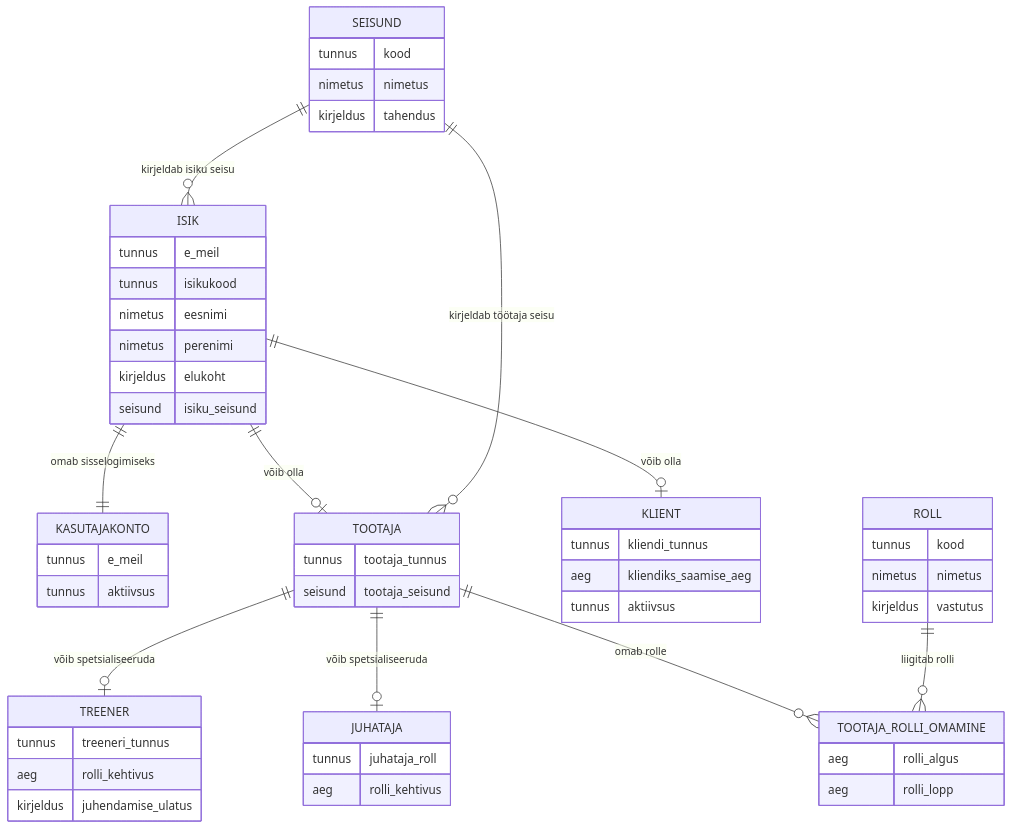
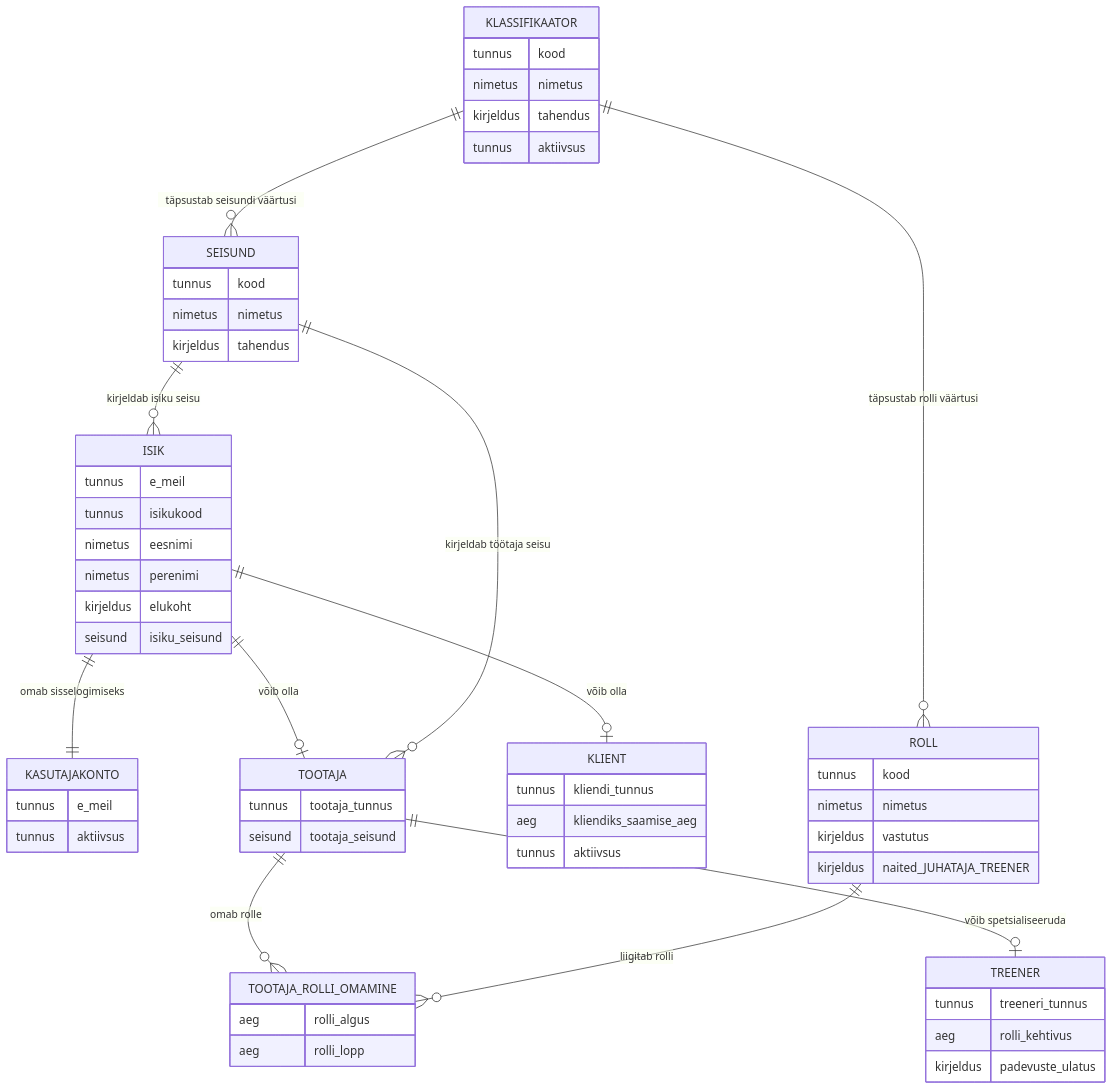
The diagram in diagrams/11_people_register.mmd (tamkivi/andmebaasid-projekt), drawn with Mermaid before and after one commit. The commit also changed 19 other files, not shown here.

```diff
--- a/diagrams/11_people_register.mmd
+++ b/diagrams/11_people_register.mmd
@@ -1,55 +1,59 @@
 erDiagram
     ISIK ||--|| KASUTAJAKONTO : "omab sisselogimiseks"
     ISIK ||--o| TOOTAJA : "võib olla"
     ISIK ||--o| KLIENT : "võib olla"
     TOOTAJA ||--o| TREENER : "võib spetsialiseeruda"
-    TOOTAJA ||--o| JUHATAJA : "võib spetsialiseeruda"
     TOOTAJA ||--o{ TOOTAJA_ROLLI_OMAMINE : "omab rolle"
     ROLL ||--o{ TOOTAJA_ROLLI_OMAMINE : "liigitab rolli"
+    KLASSIFIKAATOR ||--o{ ROLL : "täpsustab rolli väärtusi"
+    KLASSIFIKAATOR ||--o{ SEISUND : "täpsustab seisundi väärtusi"
     SEISUND ||--o{ ISIK : "kirjeldab isiku seisu"
     SEISUND ||--o{ TOOTAJA : "kirjeldab töötaja seisu"
 
     ISIK {
         tunnus e_meil
         tunnus isikukood
         nimetus eesnimi
         nimetus perenimi
         kirjeldus elukoht
         seisund isiku_seisund
     }
     KASUTAJAKONTO {
         tunnus e_meil
         tunnus aktiivsus
     }
     TOOTAJA {
         tunnus tootaja_tunnus
         seisund tootaja_seisund
     }
     TREENER {
         tunnus treeneri_tunnus
         aeg rolli_kehtivus
-        kirjeldus juhendamise_ulatus
-    }
-    JUHATAJA {
-        tunnus juhataja_roll
-        aeg rolli_kehtivus
+        kirjeldus padevuste_ulatus
     }
     KLIENT {
         tunnus kliendi_tunnus
         aeg kliendiks_saamise_aeg
         tunnus aktiivsus
     }
     TOOTAJA_ROLLI_OMAMINE {
         aeg rolli_algus
         aeg rolli_lopp
     }
     ROLL {
         tunnus kood
         nimetus nimetus
         kirjeldus vastutus
+        kirjeldus naited_JUHATAJA_TREENER
     }
     SEISUND {
         tunnus kood
         nimetus nimetus
         kirjeldus tahendus
     }
+    KLASSIFIKAATOR {
+        tunnus kood
+        nimetus nimetus
+        kirjeldus tahendus
+        tunnus aktiivsus
+    }
```
